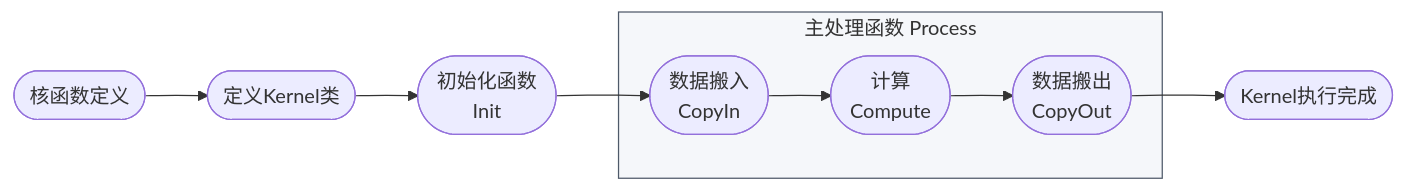
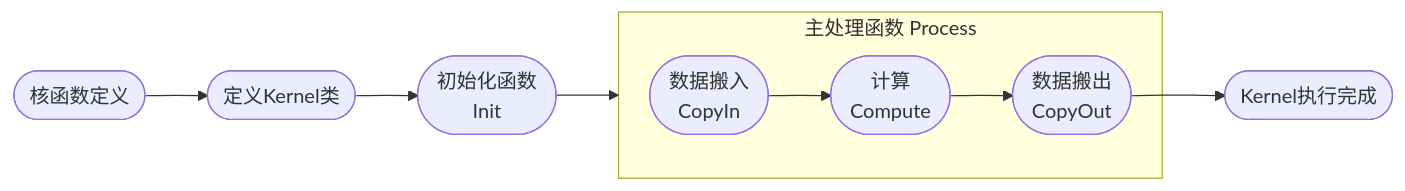
The diagram in docs/zh/develop/aicore_develop_guide.md (yuanfang-chen/ops-transformer), drawn with Mermaid before and after one commit. The commit also changed other lines of this file and 1 other file, not shown here.

````diff
--- a/docs/zh/develop/aicore_develop_guide.md
+++ b/docs/zh/develop/aicore_develop_guide.md
@@ -198,13 +206,10 @@
 ```mermaid
 graph LR
-	H([核函数定义]) -->A([定义Kernel类])
-	A -->B([初始化函数<br>Init])
-    B -->D([主处理函数<br>Process])
+    H([核函数定义]) -->A([定义Kernel类])
+    A -->B([初始化函数<br>Init])
+    B -->C([主处理函数<br>Process])
     subgraph C [主处理函数 Process]
         D([数据搬入<br>CopyIn]) -->E([计算<br>Compute]) -->F([数据搬出<br>CopyOut])
     end
     F -->G([Kernel执行完成])
-
-    %% 使用style语句为子图C定义样式
-    style C fill:#f5f7fa,stroke:#4E5969,stroke-width:1px
 ```
````
